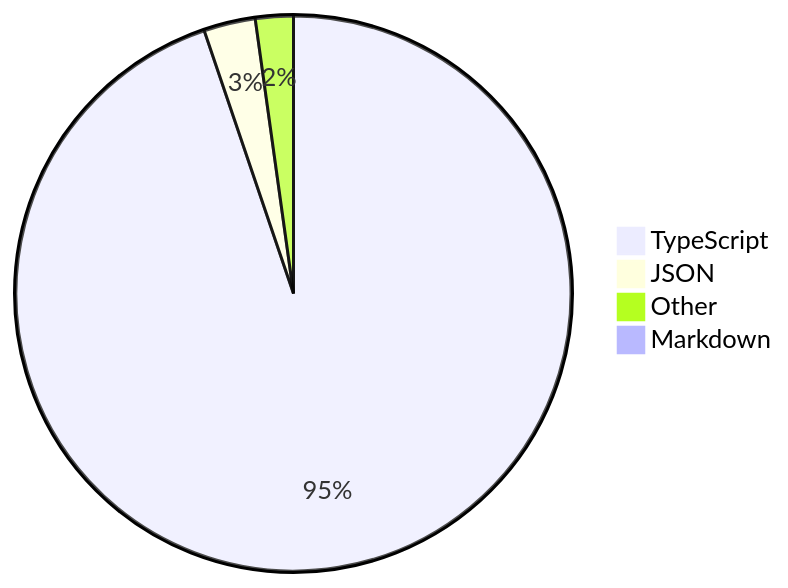
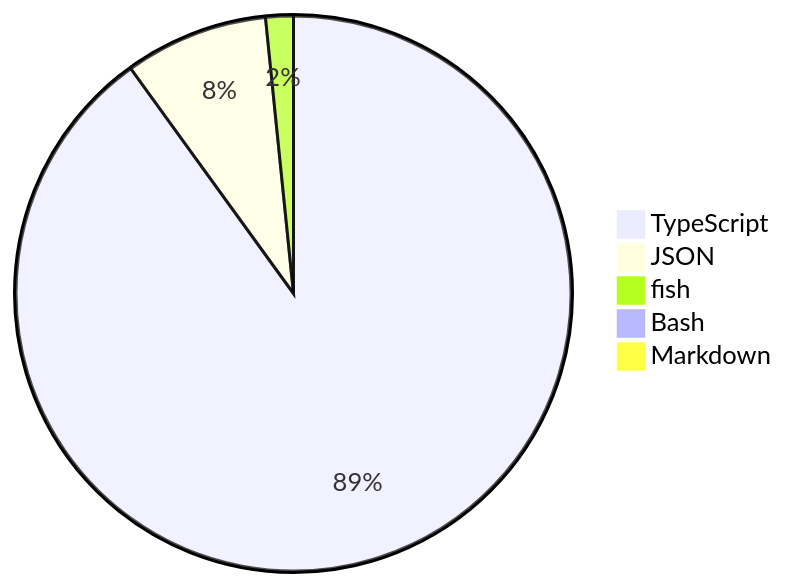
The diagram in README.md (skvggor/skvggor), drawn with Mermaid before and after one commit.

Commit message:
Updated waka-readme graph with new metrics

````diff
--- a/README.md
+++ b/README.md
@@ -28,7 +28,8 @@
 ```mermaid
 pie
-    "TypeScript" : 94.6
-    "JSON" : 3.0
-    "Other" : 2.2
-    "Markdown" : 0.1
+    "TypeScript" : 89.4
+    "JSON" : 8.3
+    "fish" : 1.6
+    "Bash" : 0.5
+    "Markdown" : 0.2
 ```
````
